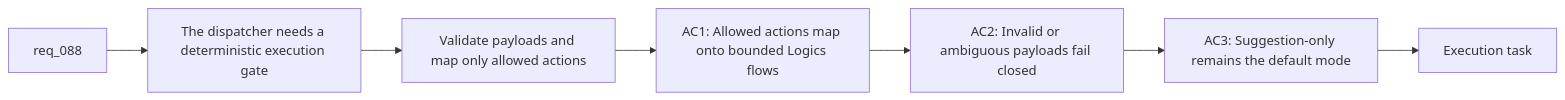
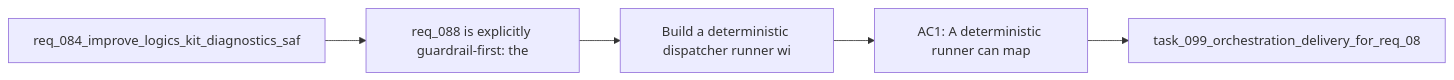
The diagram in logics/backlog/item_138_build_a_deterministic_dispatcher_runner_with_whitelisted_logics_action_mapping.md (AlexAgo83/logics-manager), drawn with Mermaid before and after one commit. The commit also changed 481 other files, not shown here.

````diff
--- a/logics/backlog/item_138_build_a_deterministic_dispatcher_runner_with_whitelisted_logics_action_mapping.md
+++ b/logics/backlog/item_138_build_a_deterministic_dispatcher_runner_with_whitelisted_logics_action_mapping.md
@@ -28,11 +28,9 @@
 ```mermaid
 %% logics-kind: backlog
 %% logics-signature: backlog|build-a-deterministic-dispatcher-runner-|req-084-improve-logics-kit-diagnostics-s|req-088-is-explicitly-guardrail-first-th|ac1-a-deterministic-runner-can-map
 flowchart LR
-    Request[req_088] --> Problem[The dispatcher needs a deterministic execution gate]
-    Problem --> Scope[Validate payloads and map only allowed actions]
-    Scope --> AC1[AC1: Allowed actions map onto bounded Logics flows]
-    AC1 --> AC2[AC2: Invalid or ambiguous payloads fail closed]
-    AC2 --> AC3[AC3: Suggestion-only remains the default mode]
-    AC3 --> Task[Execution task]
+    Request[req_084_improve_logics_kit_diagnostics_saf] --> Problem[req_088 is explicitly guardrail-first: the]
+    Problem --> Scope[Build a deterministic dispatcher runner wi]
+    Scope --> Acceptance[AC1: A deterministic runner can map]
+    Acceptance --> Tasks[task_099_orchestration_delivery_for_req_08]
 ```
````
